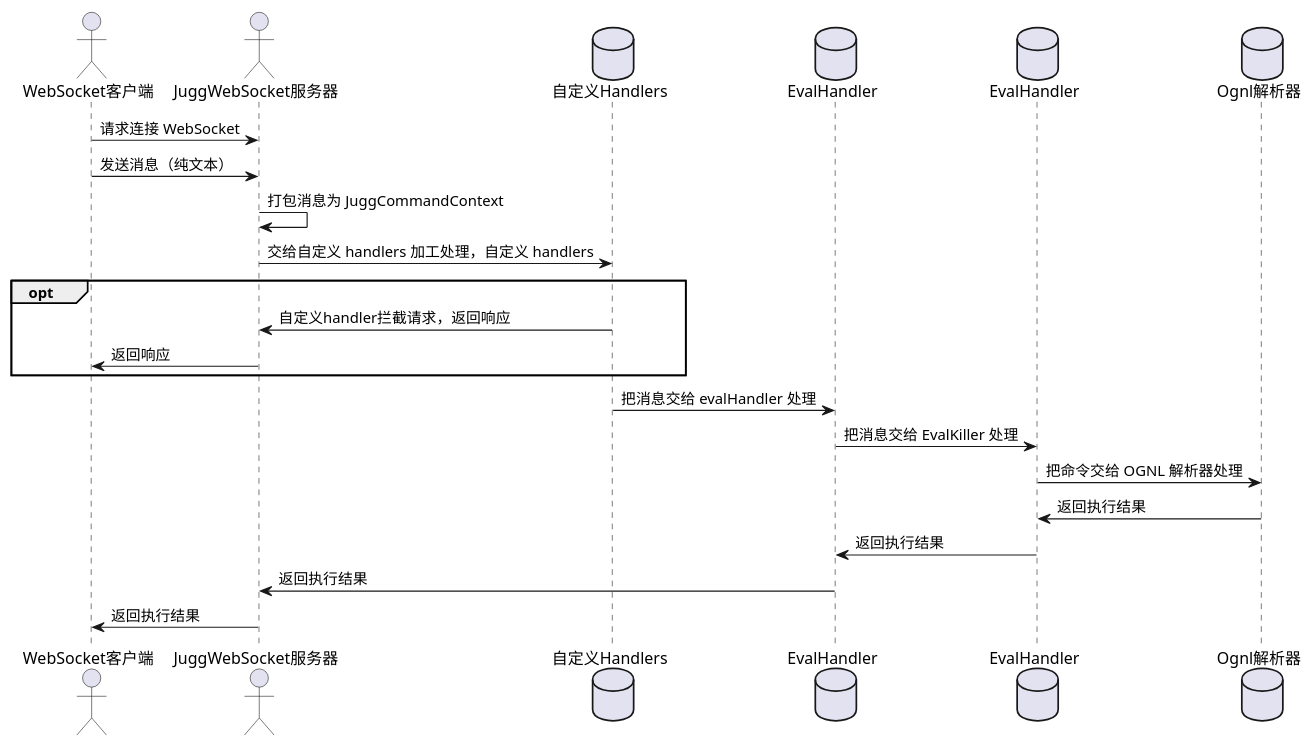
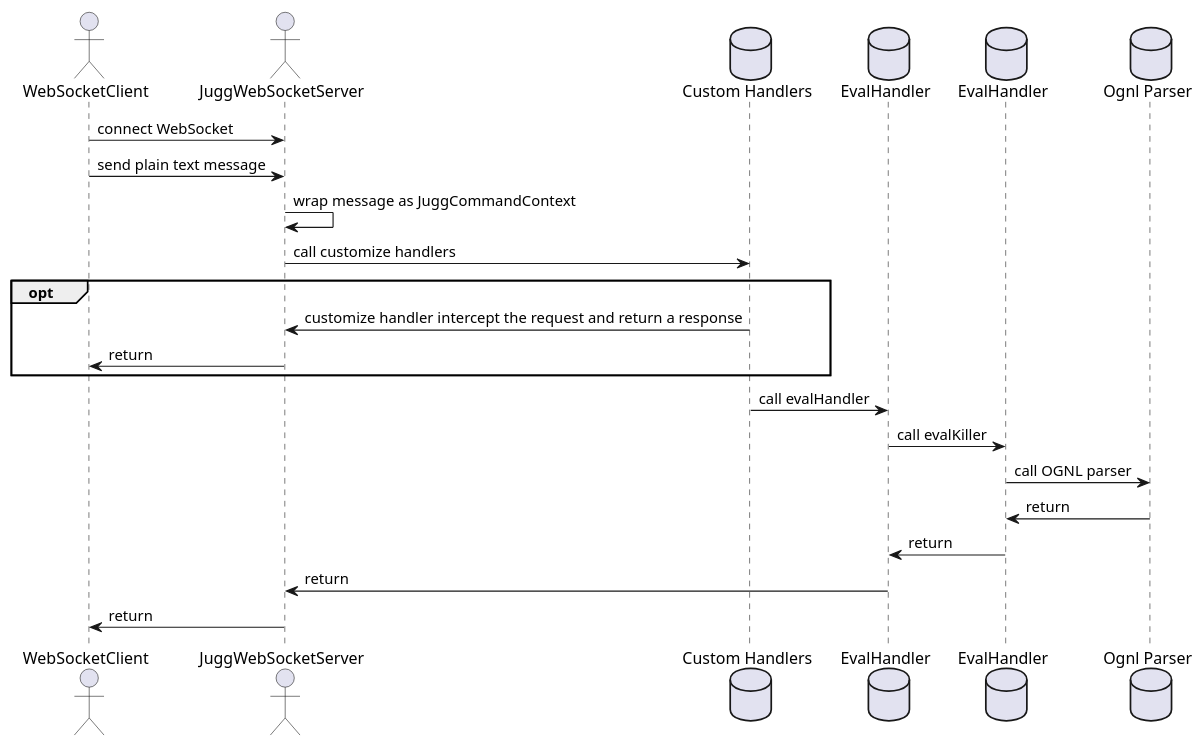
One commit to XhinLiang/jugg changed the diagram in docs/jugg.puml. Above: the diagram before and after it, drawn with PlantUML. The commit also changed 2 other files, not shown here.

```diff
--- a/docs/jugg.puml
+++ b/docs/jugg.puml
@@ -1,29 +1,29 @@
 @startuml
-actor "WebSocket客户端" as client
-actor "JuggWebSocket服务器" as server
-database "自定义Handlers" as customHandlers
+actor "WebSocketClient" as client
+actor "JuggWebSocketServer" as server
+database "Custom Handlers" as customHandlers
 database "EvalHandler" as evalHandler
 database "EvalHandler" as evalKiller
-database "Ognl解析器" as ognlParser
+database "Ognl Parser" as ognlParser
 
 
-client -> server : 请求连接 WebSocket
-client -> server : 发送消息（纯文本）
-server -> server : 打包消息为 JuggCommandContext
-server -> customHandlers : 交给自定义 handlers 加工处理，自定义 handlers
+client -> server : connect WebSocket
+client -> server : send plain text message
+server -> server : wrap message as JuggCommandContext
+server -> customHandlers : call customize handlers
 
 opt
-  customHandlers -> server: 自定义handler拦截请求，返回响应
-  server -> client : 返回响应
+  customHandlers -> server: customize handler intercept the request and return a response
+  server -> client : return
 end
 
-customHandlers -> evalHandler: 把消息交给 evalHandler 处理
-evalHandler -> evalKiller: 把消息交给 EvalKiller 处理
-evalKiller -> ognlParser: 把命令交给 OGNL 解析器处理
+customHandlers -> evalHandler: call evalHandler
+evalHandler -> evalKiller: call evalKiller
+evalKiller -> ognlParser: call OGNL parser
 
-ognlParser -> evalKiller: 返回执行结果
-evalKiller -> evalHandler: 返回执行结果
-evalHandler -> server: 返回执行结果
-server -> client: 返回执行结果
+ognlParser -> evalKiller: return
+evalKiller -> evalHandler: return
+evalHandler -> server: return
+server -> client: return
 
 @enduml
```
